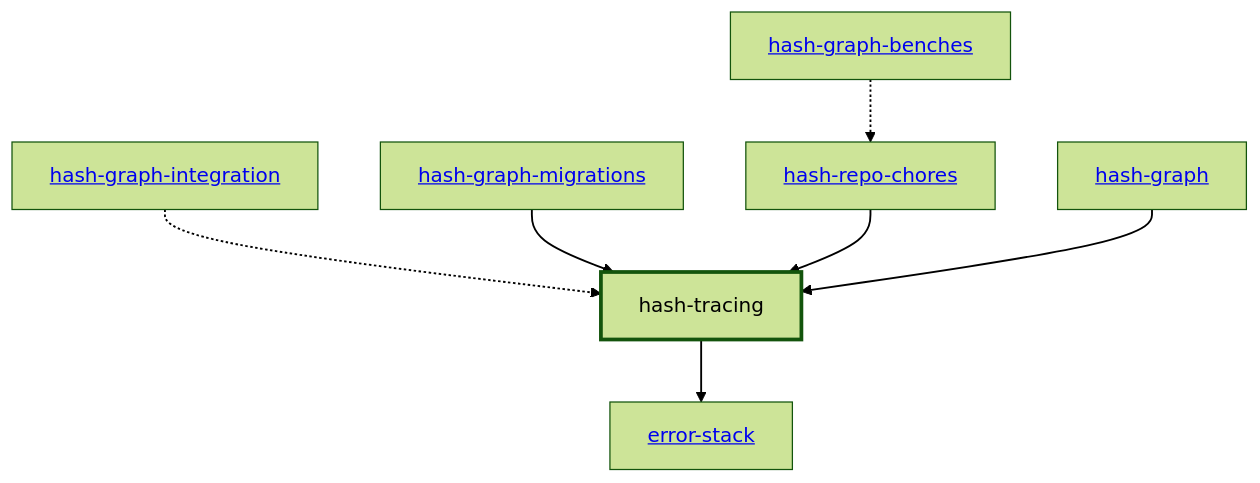
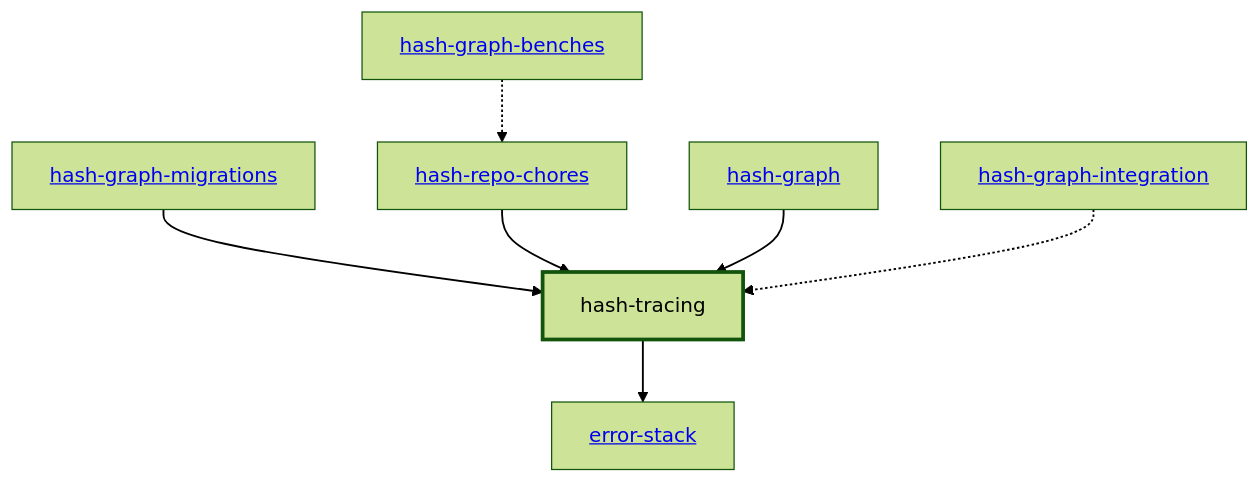
The diagram in libs/@local/tracing/docs/dependency-diagram.mmd (hashintel/hash), drawn with Mermaid (forest theme) before and after one commit. The commit also changed other lines of this file and 39 other files, not shown here.

```diff
--- a/libs/@local/tracing/docs/dependency-diagram.mmd
+++ b/libs/@local/tracing/docs/dependency-diagram.mmd
@@ -1,24 +1,24 @@
 graph TD
     linkStyle default stroke-width:1.5px
     classDef default stroke-width:1px
     classDef root stroke-width:3px
     classDef dev stroke-width:1px
     classDef build stroke-width:1px
     %% Legend
     %% --> : Normal dependency
     %% -.-> : Dev dependency
     %% ---> : Build dependency
     0[<a href="../error_stack/index.html">error-stack</a>]
     1[hash-tracing]
     class 1 root
     2[<a href="../hash_graph_benches/index.html">hash-graph-benches</a>]
     3[<a href="../hash_graph_integration/index.html">hash-graph-integration</a>]
     4[<a href="../hash_graph_migrations/index.html">hash-graph-migrations</a>]
     5[<a href="../hash_graph/index.html">hash-graph</a>]
     6[<a href="../hash_repo_chores/index.html">hash-repo-chores</a>]
-    3 -.-> 1
     4 --> 1
     6 --> 1
     2 -.-> 6
     5 --> 1
+    3 -.-> 1
     1 --> 0
```
